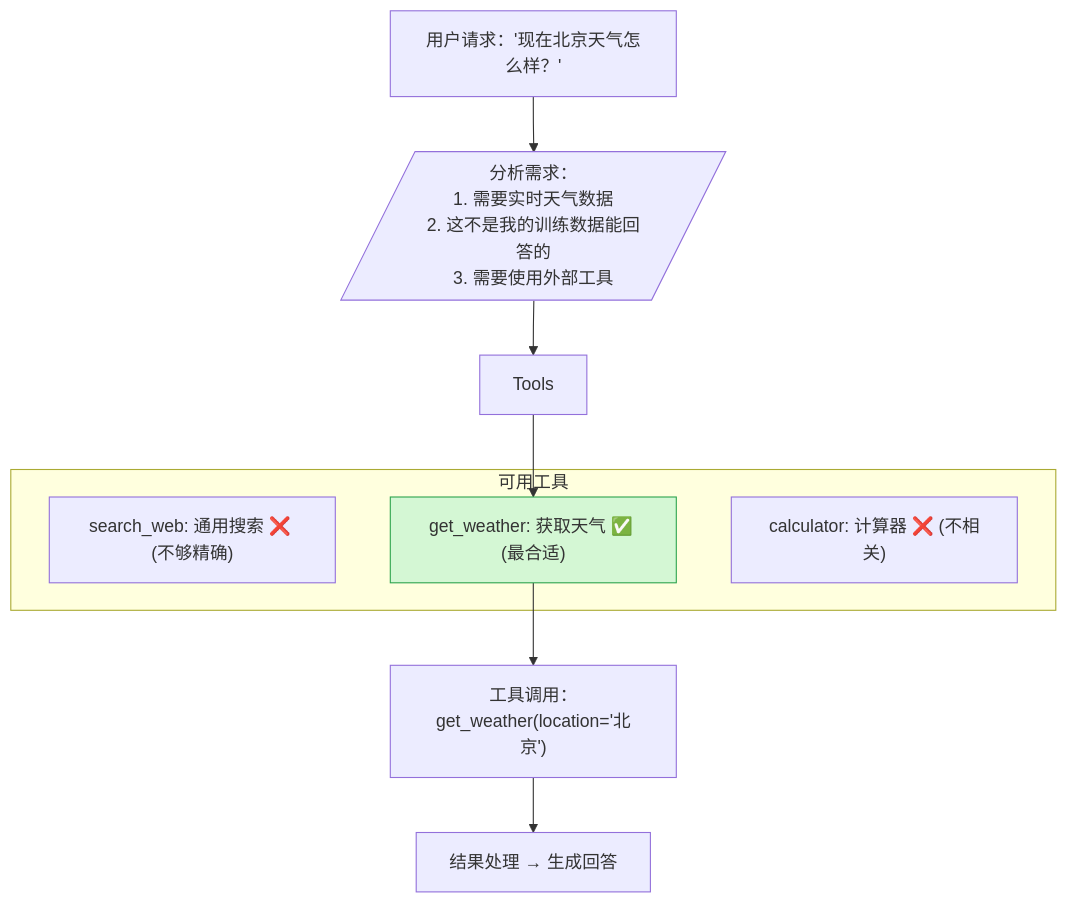
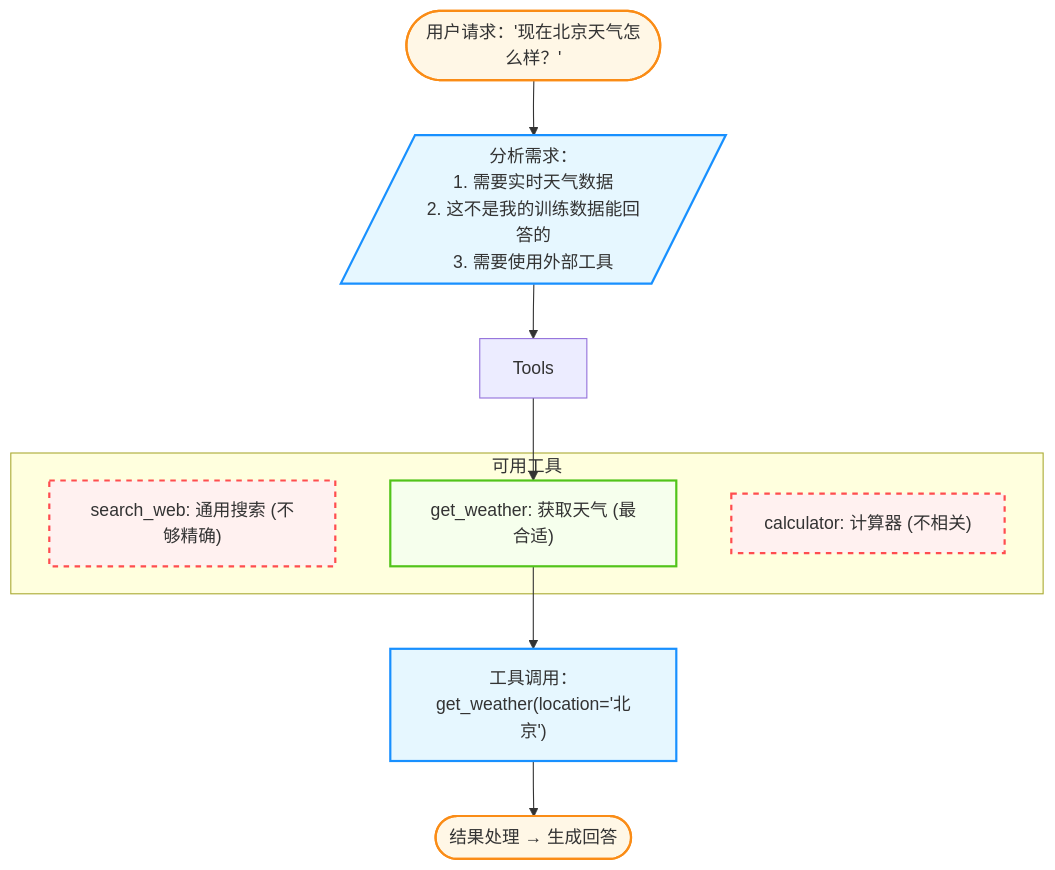
The first of 5 diagrams in 04_tools/4.1_overview.md (yeasy/agentic_ai_guide), drawn with Mermaid before and after one commit. The commit also changed other lines of this file and 36 other files, not shown here.

````diff
--- a/04_tools/4.1_overview.md
+++ b/04_tools/4.1_overview.md
@@ -76,18 +76,29 @@
 ```mermaid
 graph TD
-    UserRequest["用户请求：'现在北京天气怎么样？'"] --> Analysis
+    %% Agentic Design System
+    classDef user fill:#fff7e6,stroke:#fa8c16,stroke-width:2px;
+    classDef agent fill:#e6f7ff,stroke:#1890ff,stroke-width:2px;
+    classDef tool fill:#f6ffed,stroke:#52c41a,stroke-width:2px;
+    classDef error fill:#fff1f0,stroke:#ff4d4f,stroke-width:2px,stroke-dasharray: 5 5;
+
+    UserRequest(["用户请求：'现在北京天气怎么样？'"]) --> Analysis
     Analysis[/"分析需求：<br>1. 需要实时天气数据<br>2. 这不是我的训练数据能回答的<br>3. 需要使用外部工具"/]
     Analysis --> Tools
     
     subgraph AvailableTools [可用工具]
-        T1["search_web: 通用搜索 ❌ (不够精确)"]
-        T2["get_weather: 获取天气 ✅ (最合适)"]
-        T3["calculator: 计算器 ❌ (不相关)"]
+        T1["search_web: 通用搜索 (不够精确)"]
+        T2["get_weather: 获取天气 (最合适)"]
+        T3["calculator: 计算器 (不相关)"]
     end
     
     Tools --> T2
     T2 --> Call["工具调用：<br>get_weather(location='北京')"]
-    Call --> Result["结果处理 → 生成回答"]
+    Call --> Result(["结果处理 → 生成回答"])
     
-    style T2 fill:#d4f7d4,stroke:#2da44e
+    class UserRequest user;
+    class Analysis agent;
+    class T1,T3 error;
+    class T2 tool;
+    class Call agent;
+    class Result user;
 ```
````
